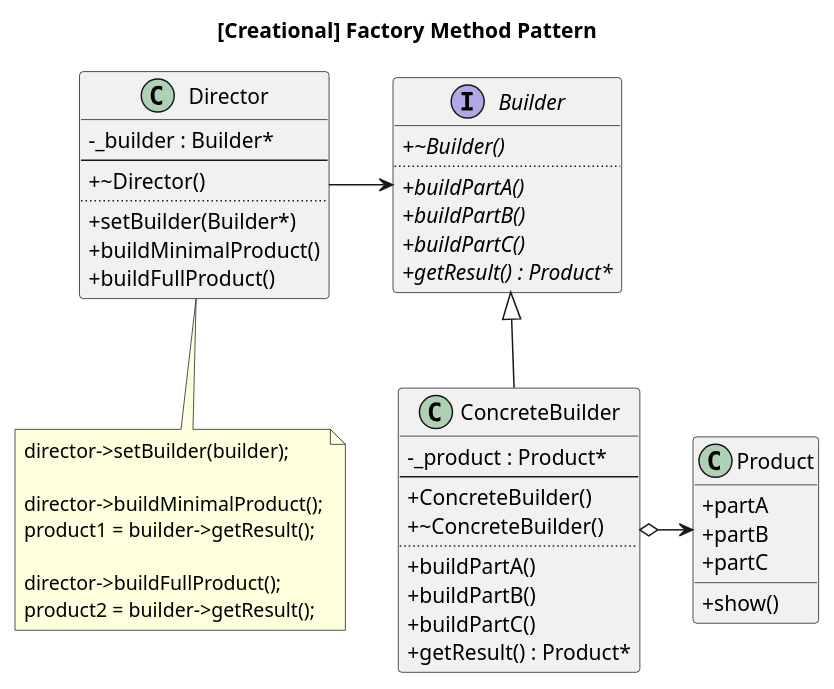
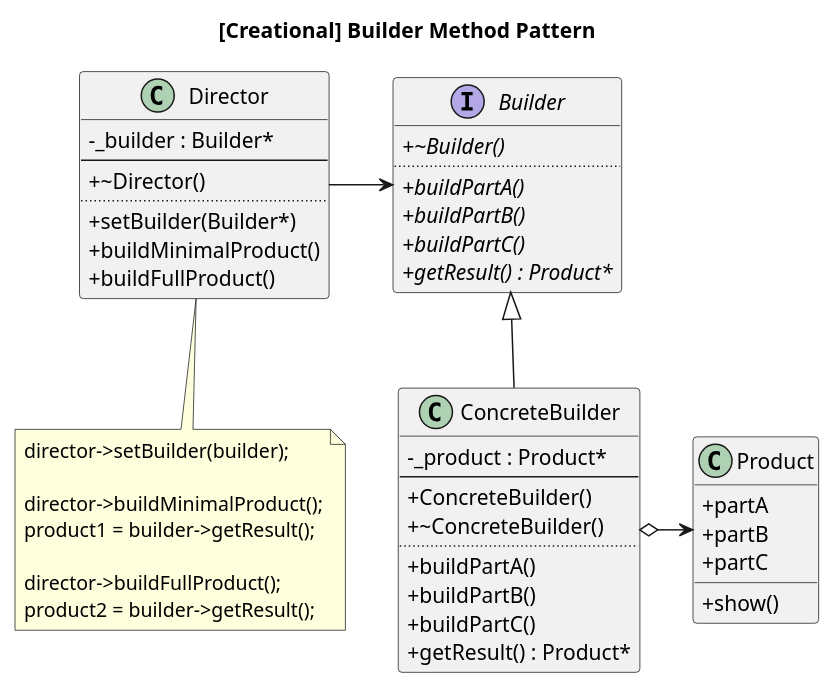
Before and after one commit to nampluskr/design_patterns: the diagram in cpp_templates/creational/builder/creational_builder-1_template.puml, drawn with PlantUML. The commit also changed 11 other files, not shown here.

```diff
--- a/cpp_templates/creational/builder/creational_builder-1_template.puml
+++ b/cpp_templates/creational/builder/creational_builder-1_template.puml
@@ -1,59 +1,59 @@
 @startuml
 skinparam classAttributeIconSize 0
-title [Creational] Factory Method Pattern
+title [Creational] Builder Method Pattern
 
 note as N1
 director->setBuilder(builder);
 
 director->buildMinimalProduct();
 product1 = builder->getResult();
 
 director->buildFullProduct();
 product2 = builder->getResult();
 end note
 
 class Director {
   - _builder : Builder*
   --
   + ~Director()
   ..
   + setBuilder(Builder*)
   + buildMinimalProduct()
   + buildFullProduct()
 }
 
 interface Builder {
   + {abstract} ~Builder()
   ..
   + {abstract} buildPartA()
   + {abstract} buildPartB()
   + {abstract} buildPartC()
   + {abstract} getResult() : Product*
 }
 class ConcreteBuilder {
   - _product : Product*
   --
   + ConcreteBuilder()
   + ~ConcreteBuilder()
   ..
   + buildPartA()
   + buildPartB()
   + buildPartC()
   + getResult() : Product*
 }
 
 class Product {
   + partA
   + partB
   + partC
   + show()
 }
 
 N1 -u- Director
 Director -> Builder
 Builder <|-- ConcreteBuilder
 ConcreteBuilder o-> Product
 
 hide empty members
 
 @enduml
```
